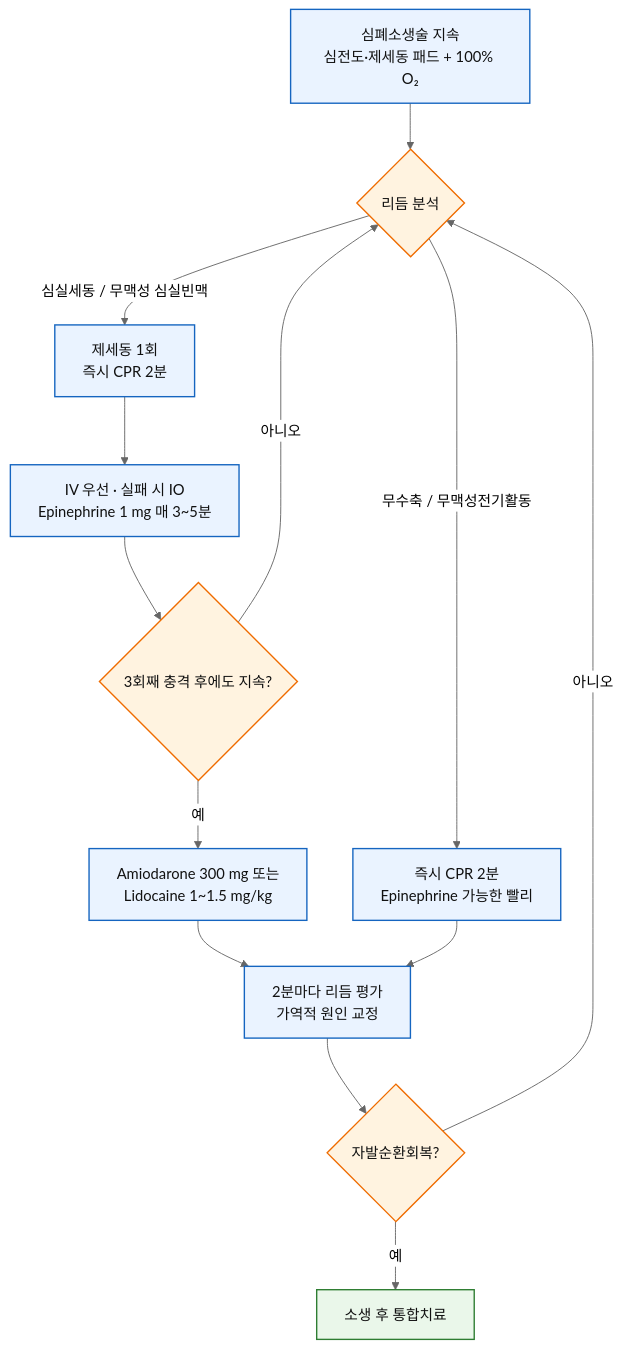
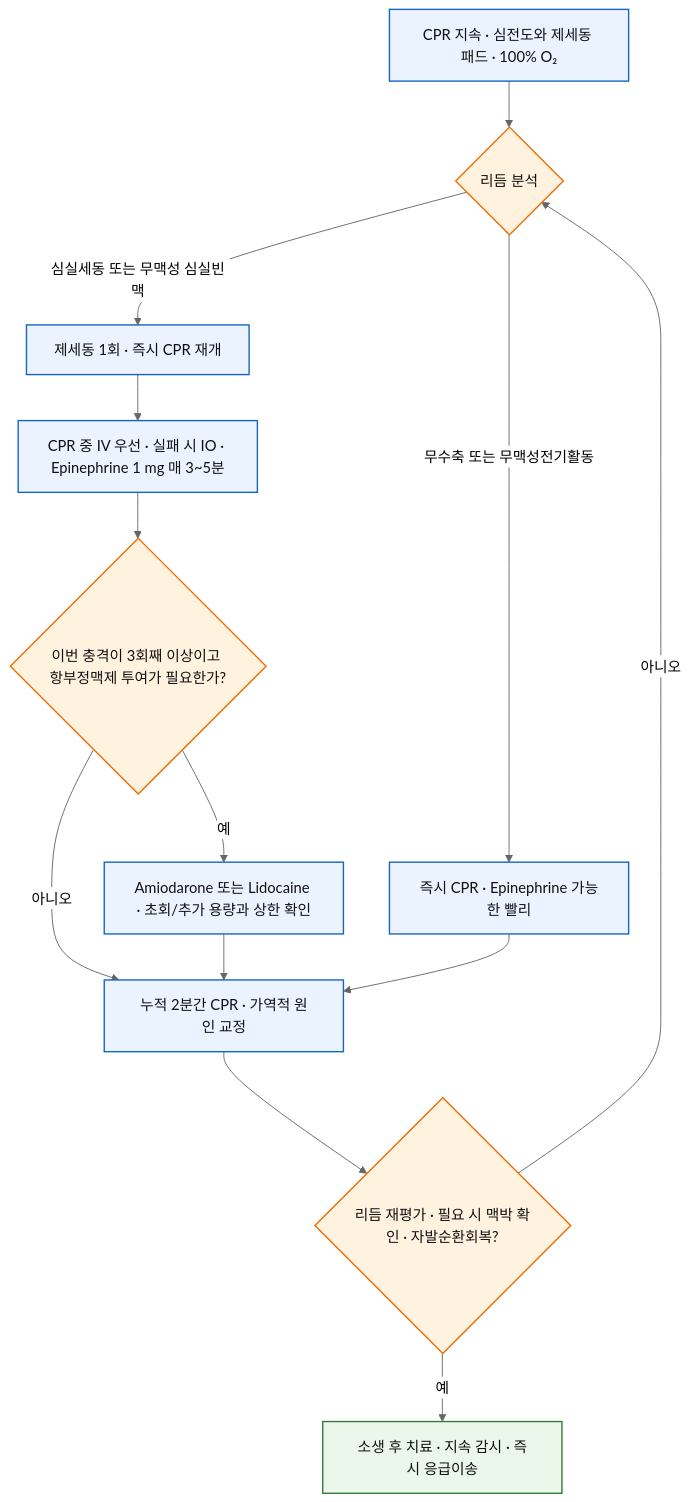
Before and after one commit to familyoh77/familyoh77: the second of 2 diagrams in 231_/211_1-cpr.md, drawn with Mermaid (neutral theme). The commit also changed other lines of this file and 5 other files, not shown here.

````diff
--- a/231_/211_1-cpr.md
+++ b/231_/211_1-cpr.md
@@ -132,22 +138,21 @@
 ```mermaid
 flowchart TD
-    A["심폐소생술 지속<br/>심전도·제세동 패드 + 100% O₂"] --> B{"리듬 분석"}
-    B -->|"심실세동 / 무맥성 심실빈맥"| C["제세동 1회<br/>즉시 CPR 2분"]
-    B -->|"무수축 / 무맥성전기활동"| D["즉시 CPR 2분<br/>Epinephrine 가능한 빨리"]
-    C --> E["IV 우선 · 실패 시 IO<br/>Epinephrine 1 mg 매 3~5분"]
-    E --> F{"3회째 충격 후에도 지속?"}
-    F -->|예| G["Amiodarone 300 mg 또는<br/>Lidocaine 1~1.5 mg/kg"]
-    F -->|아니오| B
-    G --> H["2분마다 리듬 평가<br/>가역적 원인 교정"]
+    A["CPR 지속 · 심전도와 제세동 패드 · 100% O₂"] --> B{"리듬 분석"}
+    B -->|심실세동 또는 무맥성 심실빈맥| C["제세동 1회 · 즉시 CPR 재개"]
+    B -->|무수축 또는 무맥성전기활동| D["즉시 CPR · Epinephrine 가능한 빨리"]
+    C --> E["CPR 중 IV 우선 · 실패 시 IO · Epinephrine 1 mg 매 3~5분"]
+    E --> F{"이번 충격이 3회째 이상이고 항부정맥제 투여가 필요한가?"}
+    F -->|예| G["Amiodarone 또는 Lidocaine · 초회/추가 용량과 상한 확인"]
+    F -->|아니오| H["누적 2분간 CPR · 가역적 원인 교정"]
+    G --> H
     D --> H
-    H --> I{"자발순환회복?"}
+    H --> I{"리듬 재평가 · 필요 시 맥박 확인 · 자발순환회복?"}
     I -->|아니오| B
-    I -->|예| J["소생 후 통합치료"]
-    classDef danger fill:#FDECEC,stroke:#C62828,color:#111,stroke-width:2px;
+    I -->|예| J["소생 후 치료 · 지속 감시 · 즉시 응급이송"]
     classDef action fill:#EAF3FF,stroke:#1565C0,color:#111,stroke-width:1.5px;
     classDef decision fill:#FFF3E0,stroke:#EF6C00,color:#111,stroke-width:1.5px;
     classDef disposition fill:#EAF7EA,stroke:#2E7D32,color:#111,stroke-width:1.5px;
     class A,C,D,E,G,H action;
     class B,F,I decision;
     class J disposition;
 ```
````
